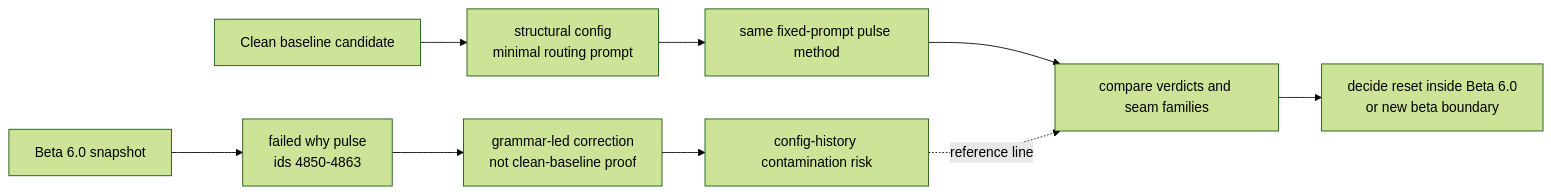
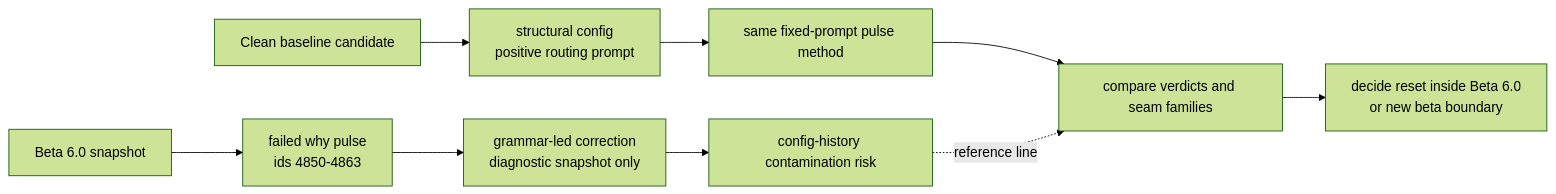
The fourth of 5 diagrams in docs/diagrams/PIPELINE.md (tryskian/probaboracle), drawn with Mermaid (forest theme) before and after one commit. The commit also changed other lines of this file and 11 other files, not shown here.

````diff
--- a/docs/diagrams/PIPELINE.md
+++ b/docs/diagrams/PIPELINE.md
@@ -71,17 +70,17 @@
 ```mermaid
 flowchart LR
   A["Beta 6.0 snapshot"]
   B["failed why pulse<br/>ids 4850-4863"]
-  C["grammar-led correction<br/>not clean-baseline proof"]
+  C["grammar-led correction<br/>diagnostic snapshot only"]
   D["config-history contamination risk"]
 
   E["Clean baseline candidate"]
-  F["structural config<br/>minimal routing prompt"]
+  F["structural config<br/>positive routing prompt"]
   G["same fixed-prompt pulse method"]
   H["compare verdicts and seam families"]
   I["decide reset inside Beta 6.0<br/>or new beta boundary"]
 
   A --> B --> C --> D
   E --> F --> G --> H --> I
   D -. "reference line" .-> H
 ```
````
